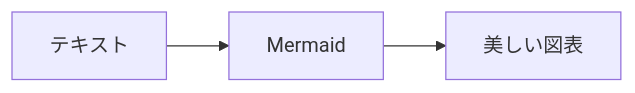
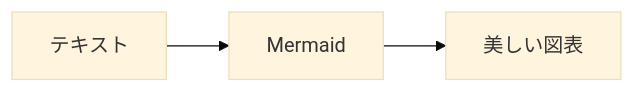
The first of 8 diagrams in samples/mermaid-demo/slides.md (dobachi/AutoSlideIdea), drawn with Mermaid before and after one commit. The commit also changed other lines of this file and 1 other file, not shown here.

First line of the commit message:
feat: 2カラムレイアウトとMermaid図のサイズ調整機能を追加

````diff
--- a/samples/mermaid-demo/slides.md
+++ b/samples/mermaid-demo/slides.md
@@ -39,5 +39,6 @@
 ```mermaid
+%%{init: {'theme':'base', 'themeVariables': { 'fontSize': '16px'}}}%%
 graph LR
     A[テキスト] --> B[Mermaid]
     B --> C[美しい図表]
 ```
````
